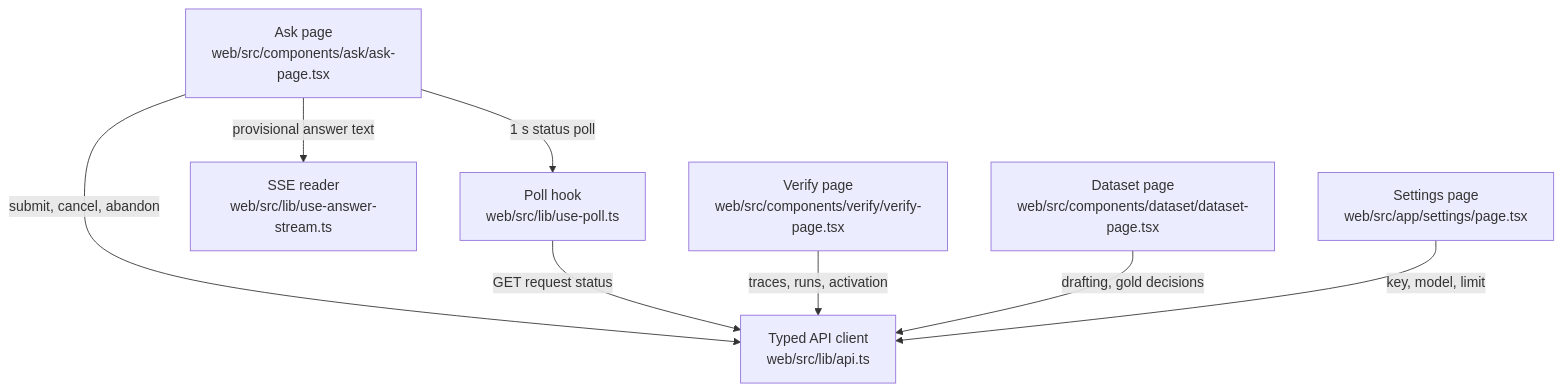
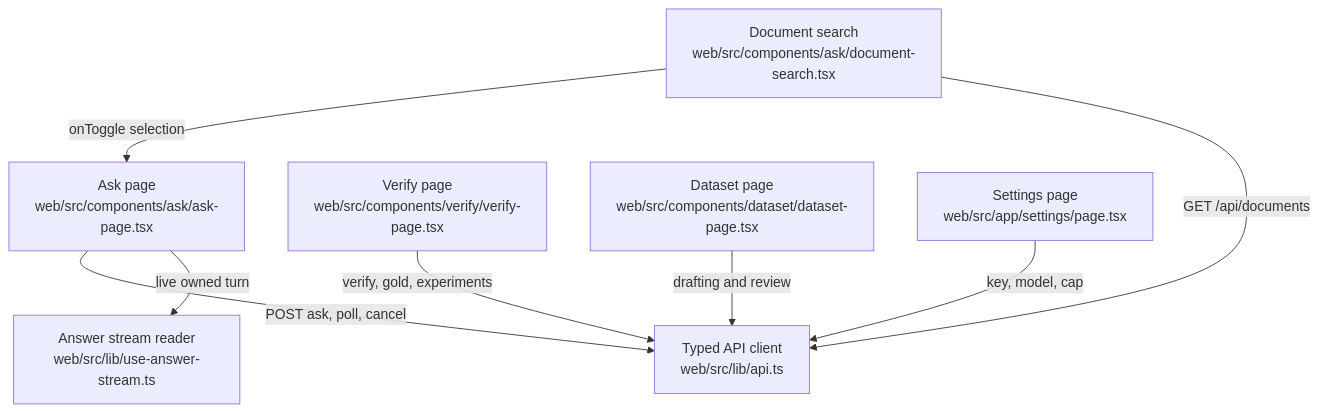
Before and after one commit to littleeeeebit/project-codeit-mid: the diagram in .omm/overall-architecture/web-screens/diagram.mmd, drawn with Mermaid. The commit also changed 413 other files, not shown here.

```diff
--- a/.omm/overall-architecture/web-screens/diagram.mmd
+++ b/.omm/overall-architecture/web-screens/diagram.mmd
@@ -1,8 +1,8 @@
 graph TD
-  ask-page["Ask page\nweb/src/components/ask/ask-page.tsx"] -->|"submit, cancel, abandon"| api-client["Typed API client\nweb/src/lib/api.ts"]
-  ask-page -->|"1 s status poll"| status-poll["Poll hook\nweb/src/lib/use-poll.ts"]
-  ask-page -->|"provisional answer text"| answer-stream["SSE reader\nweb/src/lib/use-answer-stream.ts"]
-  status-poll -->|"GET request status"| api-client
-  verify-page["Verify page\nweb/src/components/verify/verify-page.tsx"] -->|"traces, runs, activation"| api-client
-  dataset-page["Dataset page\nweb/src/components/dataset/dataset-page.tsx"] -->|"drafting, gold decisions"| api-client
-  settings-page["Settings page\nweb/src/app/settings/page.tsx"] -->|"key, model, limit"| api-client
+  ask-page["Ask page\nweb/src/components/ask/ask-page.tsx"] -->|"POST ask, poll, cancel"| api-client["Typed API client\nweb/src/lib/api.ts"]
+  document-search["Document search\nweb/src/components/ask/document-search.tsx"] -->|"onToggle selection"| ask-page
+  document-search -->|"GET /api/documents"| api-client
+  ask-page -->|"live owned turn"| answer-stream["Answer stream reader\nweb/src/lib/use-answer-stream.ts"]
+  verify-page["Verify page\nweb/src/components/verify/verify-page.tsx"] -->|"verify, gold, experiments"| api-client
+  dataset-page["Dataset page\nweb/src/components/dataset/dataset-page.tsx"] -->|"drafting and review"| api-client
+  settings-page["Settings page\nweb/src/app/settings/page.tsx"] -->|"key, model, cap"| api-client
```
